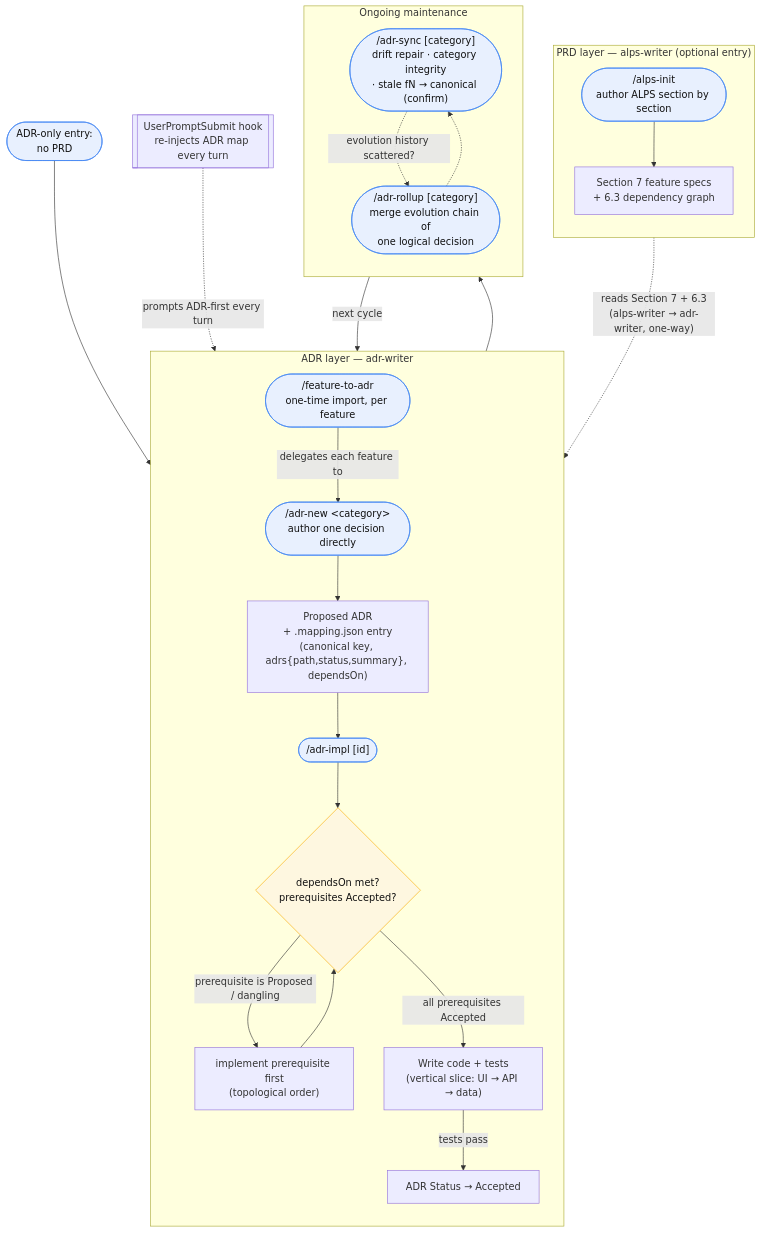
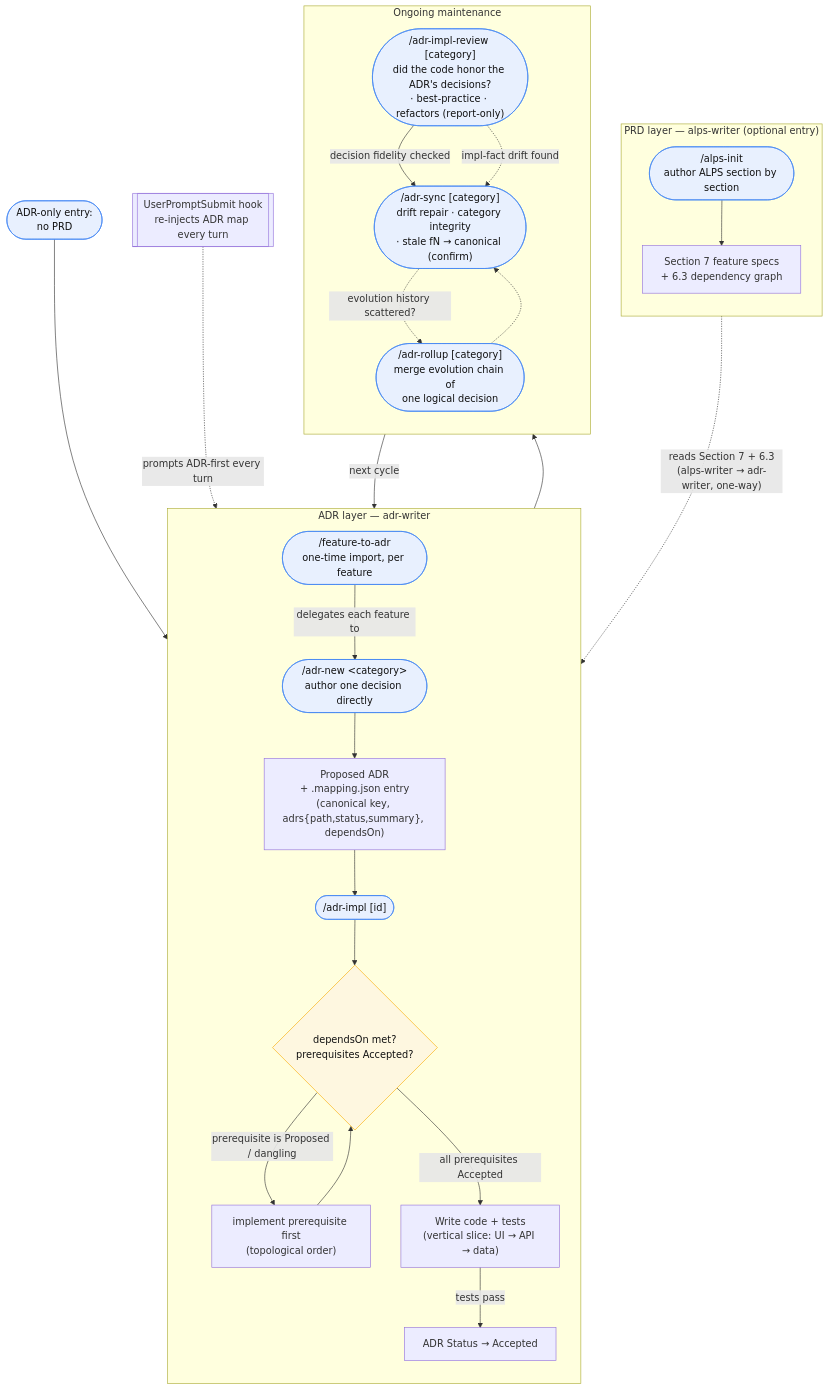
The second of 2 diagrams in docs/usage.md (haandol/alps-writer-mcp), drawn with Mermaid before and after one commit. The commit also changed other lines of this file and 10 other files, not shown here.

First line of the commit message:
feat(adr): add /adr-impl-review skill and bump to 0.4.18

````diff
--- a/docs/usage.md
+++ b/docs/usage.md
@@ -26,50 +26,53 @@
 ```mermaid
 flowchart TD
     subgraph prd["PRD layer — alps-writer (optional entry)"]
         direction TB
         Init(["/alps-init<br/>author ALPS section by section"])
         S7["Section 7 feature specs<br/>+ 6.3 dependency graph"]
         Init --> S7
     end
 
     subgraph adr["ADR layer — adr-writer"]
         direction TB
         F2A(["/feature-to-adr<br/>one-time import, per feature"])
         New(["/adr-new &lt;category&gt;<br/>author one decision directly"])
         Proposed["Proposed ADR<br/>+ .mapping.json entry<br/>(canonical key, adrs{path,status,summary}, dependsOn)"]
         Impl(["/adr-impl [id]"])
         Gate{"dependsOn met?<br/>prerequisites Accepted?"}
         Code["Write code + tests<br/>(vertical slice: UI → API → data)"]
         Accepted["ADR Status → Accepted"]
 
         F2A -->|delegates each feature to| New
         New --> Proposed
         Proposed --> Impl
         Impl --> Gate
         Gate -->|prerequisite is Proposed / dangling| PrereqFirst["implement prerequisite first<br/>(topological order)"]
         PrereqFirst --> Gate
         Gate -->|all prerequisites Accepted| Code
         Code -->|tests pass| Accepted
     end
 
     subgraph maint["Ongoing maintenance"]
         direction TB
+        Review(["/adr-impl-review [category]<br/>did the code honor the ADR's decisions?<br/>· best-practice · refactors (report-only)"])
         Sync(["/adr-sync [category]<br/>drift repair · category integrity<br/>· stale fN → canonical (confirm)"])
         Rollup(["/adr-rollup [category]<br/>merge evolution chain of<br/>one logical decision"])
     end
 
     Hook[["UserPromptSubmit hook<br/>re-injects ADR map every turn"]]
 
     S7 -.->|"reads Section 7 + 6.3<br/>(alps-writer → adr-writer, one-way)"| F2A
     Start(["ADR-only entry:<br/>no PRD"]) --> New
-    Accepted --> Sync
+    Accepted --> Review
+    Review -->|decision fidelity checked| Sync
+    Review -.->|impl-fact drift found| Sync
     Sync -->|next cycle| Impl
     Sync -.->|evolution history scattered?| Rollup
     Rollup -.-> Sync
     Hook -.->|prompts ADR-first every turn| Impl
 
     classDef cmd fill:#e8f0fe,stroke:#4285f4,color:#111;
     classDef gate fill:#fef7e0,stroke:#f9ab00,color:#111;
-    class Init,F2A,New,Impl,Sync,Rollup,Start cmd;
+    class Init,F2A,New,Impl,Review,Sync,Rollup,Start cmd;
     class Gate gate;
 ```
````
